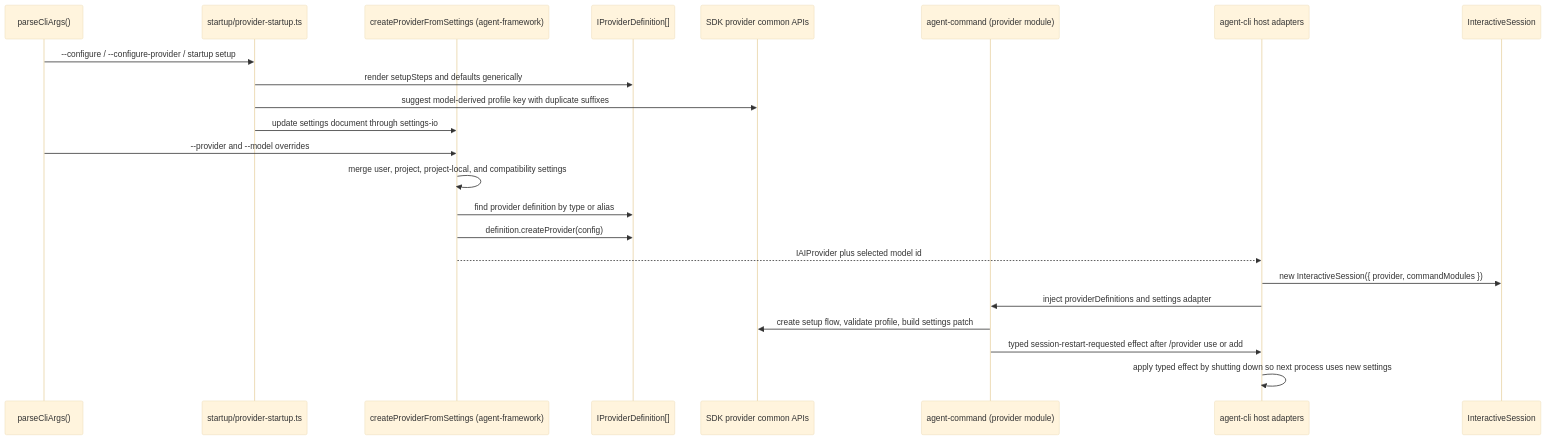
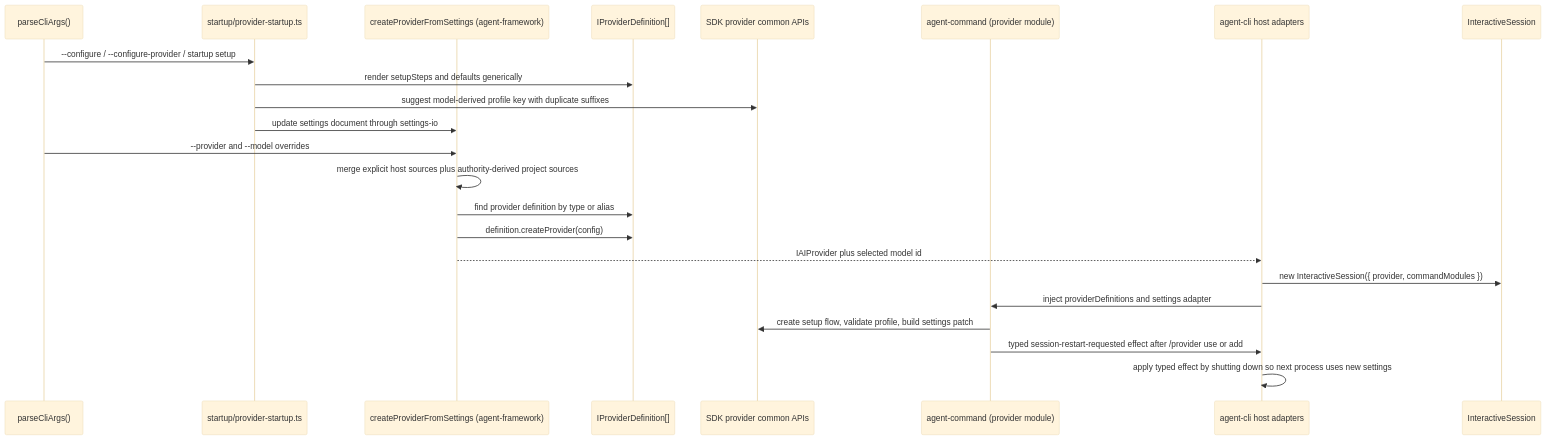
One commit to woojubb/robota changed the second of 3 diagrams in .agents/specs/architecture-map/agent-cli/commands-and-provider-flow.md. Above: the diagram before and after it, drawn with Mermaid (base theme). The commit also changed other lines of this file and 98 other files, not shown here.

Commit message:
feat(framework): complete explicit project authority migration

````diff
--- a/.agents/specs/architecture-map/agent-cli/commands-and-provider-flow.md
+++ b/.agents/specs/architecture-map/agent-cli/commands-and-provider-flow.md
@@ -51,26 +51,26 @@
 ```mermaid
 sequenceDiagram
   participant Args as parseCliArgs()
   participant Setup as startup/provider-startup.ts
   participant Factory as createProviderFromSettings (agent-framework)
   participant Defs as IProviderDefinition[]
   participant SDKCommon as SDK provider common APIs
   participant Command as agent-command (provider module)
   participant CLI as agent-cli host adapters
   participant Session as InteractiveSession
 
   Args->>Setup: --configure / --configure-provider / startup setup
   Setup->>Defs: render setupSteps and defaults generically
   Setup->>SDKCommon: suggest model-derived profile key with duplicate suffixes
   Setup->>Factory: update settings document through settings-io
   Args->>Factory: --provider and --model overrides
-  Factory->>Factory: merge user, project, project-local, and compatibility settings
+  Factory->>Factory: merge explicit host sources plus authority-derived project sources
   Factory->>Defs: find provider definition by type or alias
   Factory->>Defs: definition.createProvider(config)
   Factory-->>CLI: IAIProvider plus selected model id
   CLI->>Session: new InteractiveSession({ provider, commandModules })
   CLI->>Command: inject providerDefinitions and settings adapter
   Command->>SDKCommon: create setup flow, validate profile, build settings patch
   Command->>CLI: typed session-restart-requested effect after /provider use or add
   CLI->>CLI: apply typed effect by shutting down so next process uses new settings
 ```
````
